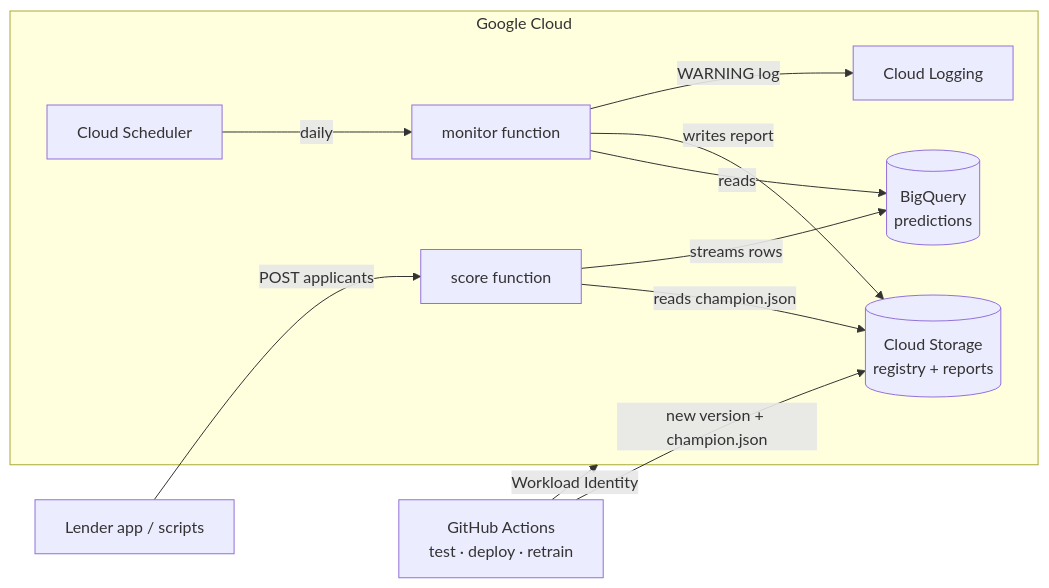
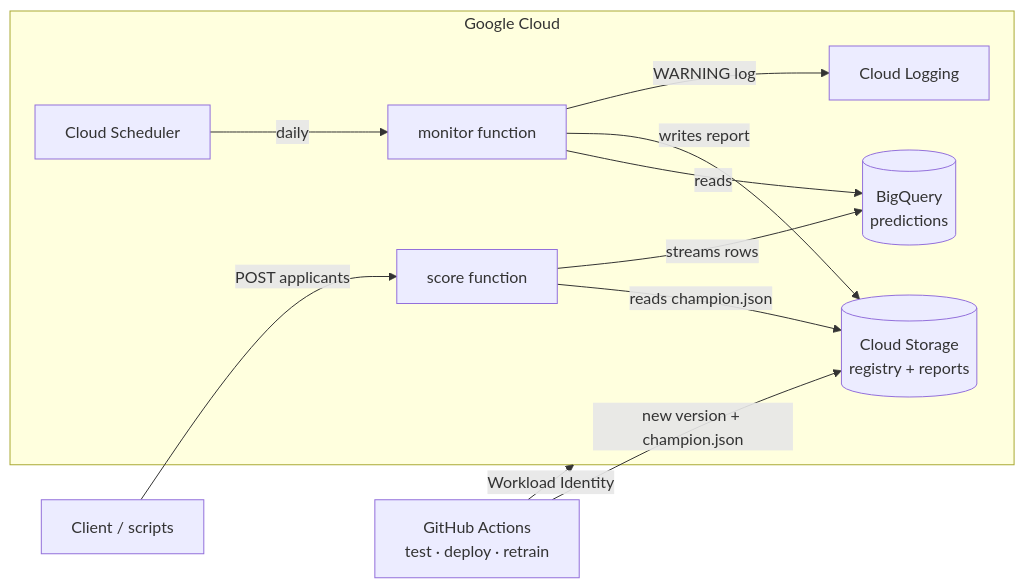
The diagram in README.md (Kalpan1104/credit-risk-gcp), drawn with Mermaid before and after one commit. The commit also changed other lines of this file, not shown here.

````diff
--- a/README.md
+++ b/README.md
@@ -19,15 +49,15 @@
 ```mermaid
 flowchart LR
   GH[GitHub Actions<br/>test · deploy · retrain] -- Workload Identity --> GCP
   subgraph GCP[Google Cloud]
     R[(Cloud Storage<br/>registry + reports)]
     S[score function] -- reads champion.json --> R
     S -- streams rows --> B[(BigQuery<br/>predictions)]
     CS[Cloud Scheduler] -- daily --> M[monitor function]
     M -- reads --> B
     M -- writes report --> R
     M -- WARNING log --> L[Cloud Logging]
   end
-  C[Lender app / scripts] -- POST applicants --> S
+  C[Client / scripts] -- POST applicants --> S
   GH -- new version + champion.json --> R
 ```
````
